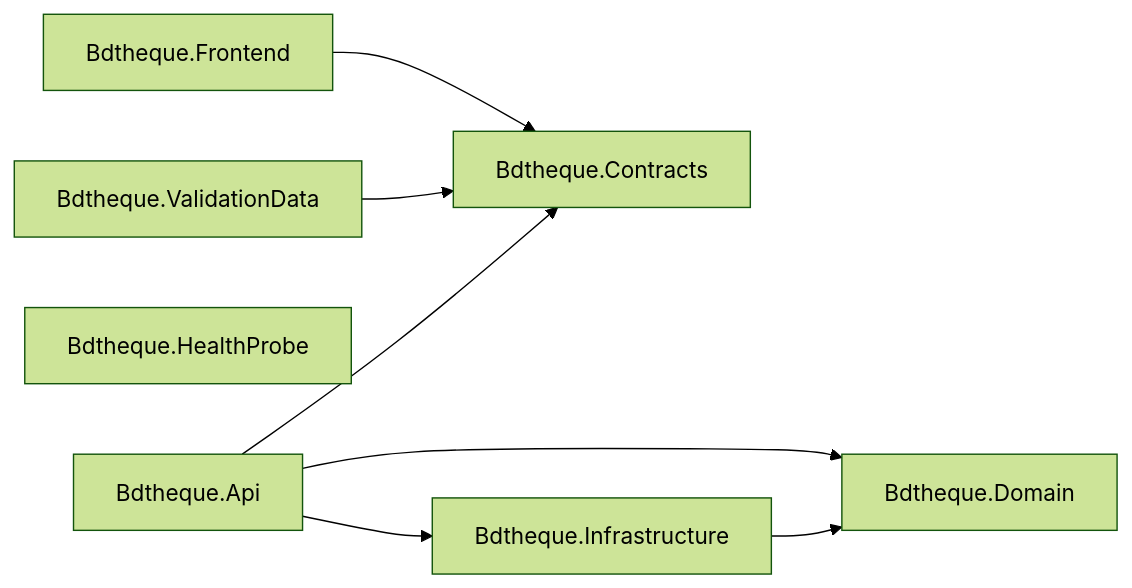
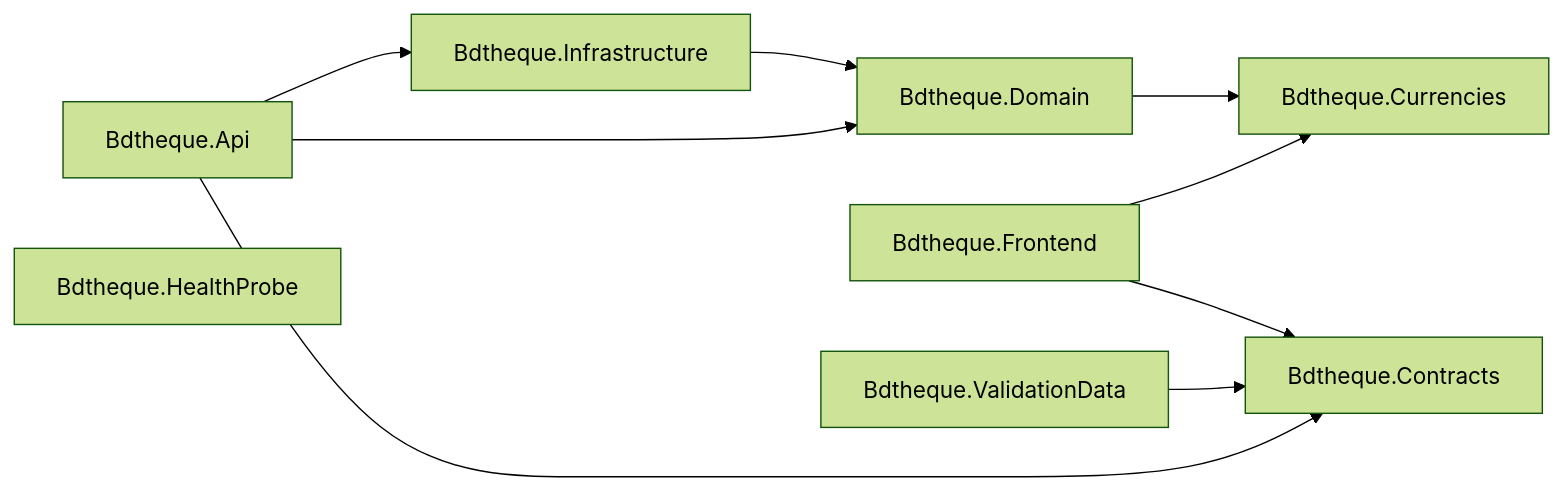
The first of 2 diagrams in docs/tech/references/dependances-des-projets.md (Tetram76/bdtheque-claude), drawn with Mermaid (forest theme) before and after one commit. The commit also changed other lines of this file and 37 other files, not shown here.

````diff
--- a/docs/tech/references/dependances-des-projets.md
+++ b/docs/tech/references/dependances-des-projets.md
@@ -19,16 +19,19 @@
 ```mermaid
 flowchart LR
     Bdtheque_Api["Bdtheque.Api"]
     Bdtheque_Contracts["Bdtheque.Contracts"]
+    Bdtheque_Currencies["Bdtheque.Currencies"]
     Bdtheque_Domain["Bdtheque.Domain"]
     Bdtheque_Frontend["Bdtheque.Frontend"]
     Bdtheque_HealthProbe["Bdtheque.HealthProbe"]
     Bdtheque_Infrastructure["Bdtheque.Infrastructure"]
     Bdtheque_ValidationData["Bdtheque.ValidationData"]
     Bdtheque_Api --> Bdtheque_Contracts
     Bdtheque_Api --> Bdtheque_Domain
     Bdtheque_Api --> Bdtheque_Infrastructure
+    Bdtheque_Domain --> Bdtheque_Currencies
     Bdtheque_Frontend --> Bdtheque_Contracts
+    Bdtheque_Frontend --> Bdtheque_Currencies
     Bdtheque_Infrastructure --> Bdtheque_Domain
     Bdtheque_ValidationData --> Bdtheque_Contracts
 ```
````
